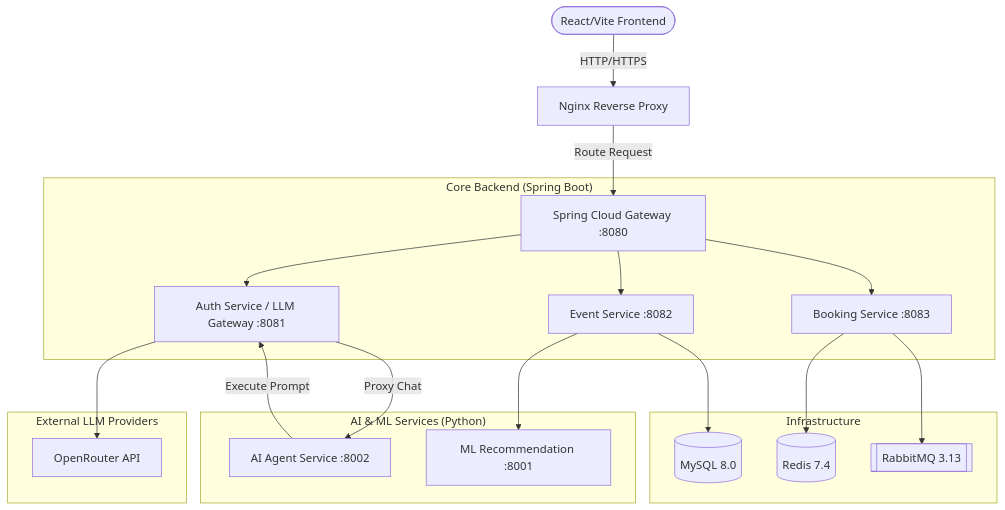
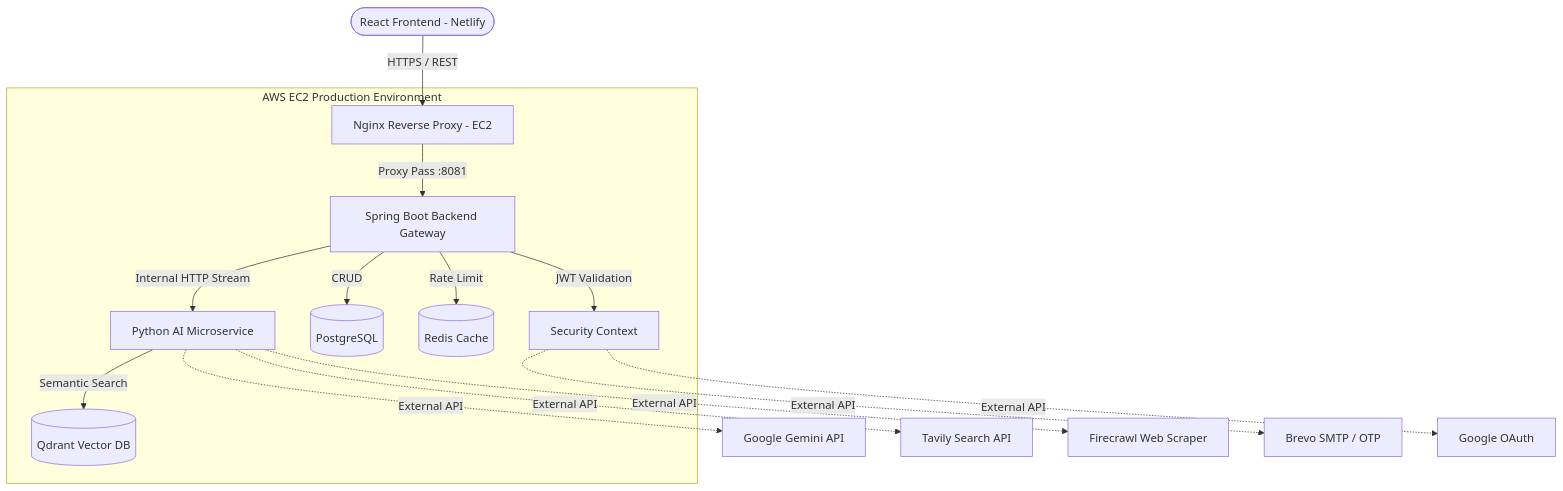
The diagram in README.md (Mahesh5f4/Nexora), drawn with Mermaid before and after one commit. The commit also changed other lines of this file, not shown here.

Commit message:
Update README with ThinkAction AI architecture and remove obsolete EventHub details

````diff
--- a/README.md
+++ b/README.md
@@ -48,27 +47,23 @@
 ```mermaid
 graph TD
-    Client([React/Vite Frontend]) -->|HTTP/HTTPS| Nginx[Nginx Reverse Proxy]
-    Nginx -->|Route Request| Gateway[Spring Cloud Gateway :8080]
+    Client([React Frontend - Netlify]) -->|HTTPS / REST| Nginx[Nginx Reverse Proxy - EC2]
     
-    subgraph "Core Backend (Spring Boot)"
-        Gateway --> Auth[Auth Service / LLM Gateway :8081]
-        Gateway --> Event[Event Service :8082]
-        Gateway --> Booking[Booking Service :8083]
+    subgraph AWS EC2 Production Environment
+        Nginx -->|Proxy Pass :8081| Gateway[Spring Boot Backend Gateway]
+        
+        Gateway -->|JWT Validation| Auth[Security Context]
+        Gateway -->|CRUD| DB[(PostgreSQL)]
+        Gateway -->|Rate Limit| Redis[(Redis Cache)]
+        
+        Gateway -->|Internal HTTP Stream| AIService[Python AI Microservice]
+        
+        AIService -->|Semantic Search| Qdrant[(Qdrant Vector DB)]
     end
     
-    subgraph "AI & ML Services (Python)"
-        Auth -->|Proxy Chat| AIService[AI Agent Service :8002]
-        AIService -->|Execute Prompt| Auth
-        Event --> ML[ML Recommendation :8001]
-    end
+    AIService -.->|External API| Gemini[Google Gemini API]
+    AIService -.->|External API| Tavily[Tavily Search API]
+    AIService -.->|External API| Firecrawl[Firecrawl Web Scraper]
     
-    subgraph "External LLM Providers"
-        Auth --> OpenRouter[OpenRouter API]
-    end
-
-    subgraph "Infrastructure"
-        Event --> MySQL[(MySQL 8.0)]
-        Booking --> Redis[(Redis 7.4)]
-        Booking --> RMQ[[RabbitMQ 3.13]]
-    end
+    Auth -.->|External API| Brevo[Brevo SMTP / OTP]
+    Auth -.->|External API| Google[Google OAuth]
 ```
````
